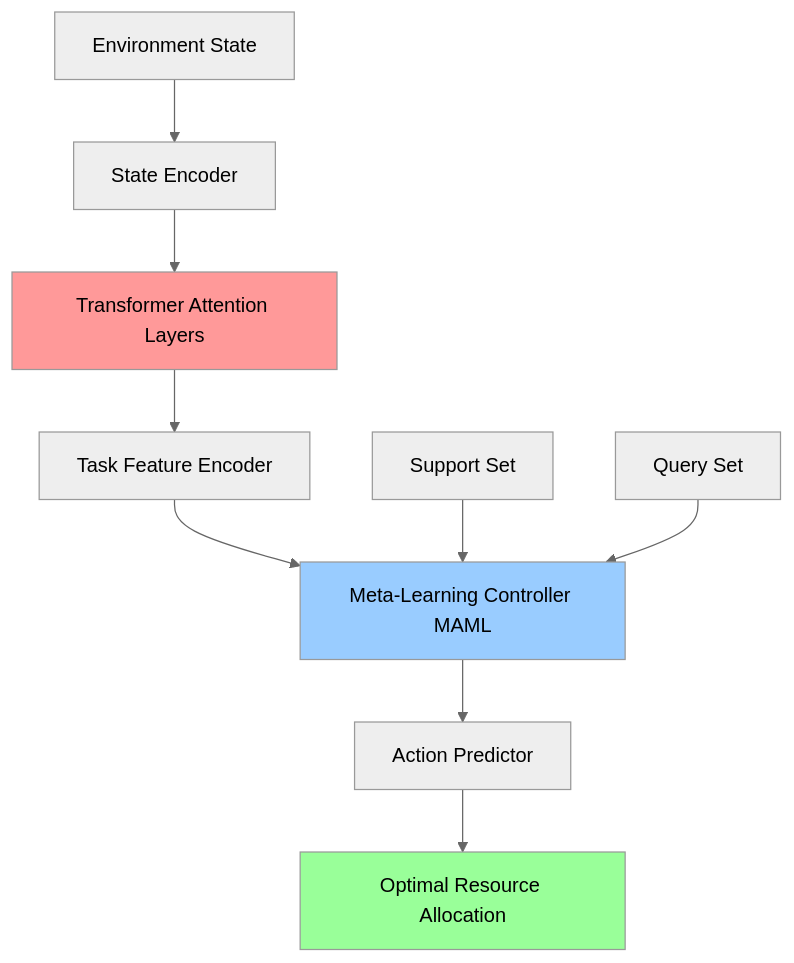
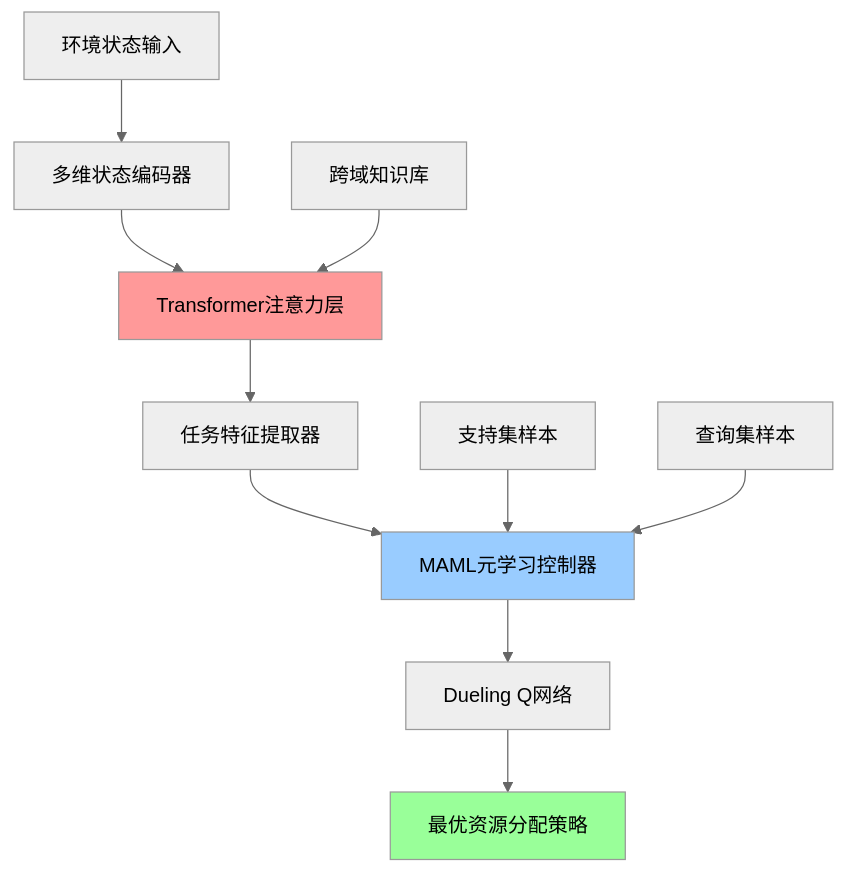
Before and after one commit to PrescottClub/Adaptive-RL-Agent-for-Dynamic-Resource-Allocation: the diagram in README.md, drawn with Mermaid (neutral theme). The commit also changed other lines of this file and 1 other file, not shown here.

````diff
--- a/README.md
+++ b/README.md
@@ -29,16 +29,17 @@
 ```mermaid
 graph TB
-    A[Environment State] --> B[State Encoder]
-    B --> C[Transformer Attention Layers]
-    C --> D[Task Feature Encoder]
-    D --> E[Meta-Learning Controller MAML]
-    E --> F[Action Predictor]
-    F --> G[Optimal Resource Allocation]
+    A[环境状态输入] --> B[多维状态编码器]
+    B --> C[Transformer注意力层]
+    C --> D[任务特征提取器]
+    D --> E[MAML元学习控制器]
+    E --> F[Dueling Q网络]
+    F --> G[最优资源分配策略]
     
-    H[Support Set] --> E
-    I[Query Set] --> E
+    H[支持集样本] --> E
+    I[查询集样本] --> E
+    J[跨域知识库] --> C
     
-    style C fill:#ff9999
-    style E fill:#99ccff
-    style G fill:#99ff99
+    style C fill:#ff9999,color:#000
+    style E fill:#99ccff,color:#000
+    style G fill:#99ff99,color:#000
 ```
````
